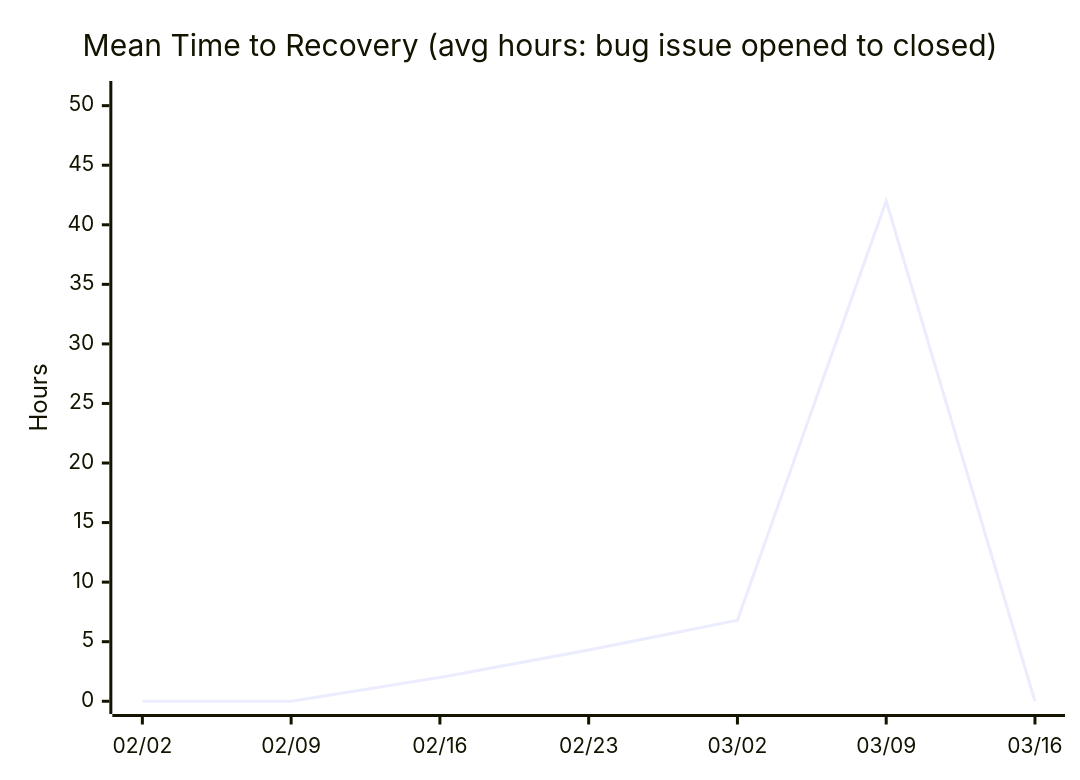
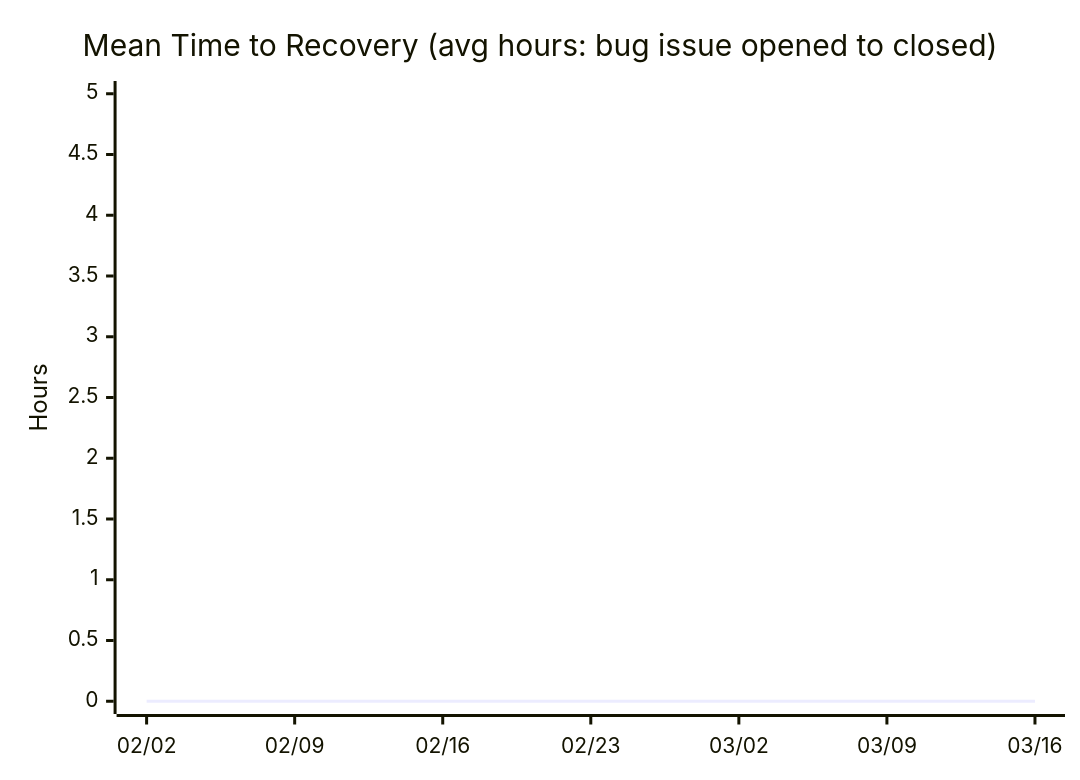
Before and after one commit to nablarch/nabledge-dev: the fourth of 14 diagrams in docs/metrics.md, drawn with Mermaid. The commit also changed other lines of this file, not shown here.

````diff
--- a/docs/metrics.md
+++ b/docs/metrics.md
@@ -66,7 +51,7 @@
 ```mermaid
 xychart-beta
   title "Mean Time to Recovery (avg hours: bug issue opened to closed)"
   x-axis ["02/02", "02/09", "02/16", "02/23", "03/02", "03/09", "03/16"]
-  y-axis "Hours" 0 --> 51
-  line [0, 0, 2, 4.3, 6.8, 42, 0]
+  y-axis "Hours" 0 --> 5
+  line [0, 0, 0, 0, 0, 0, 0]
 ```
````
